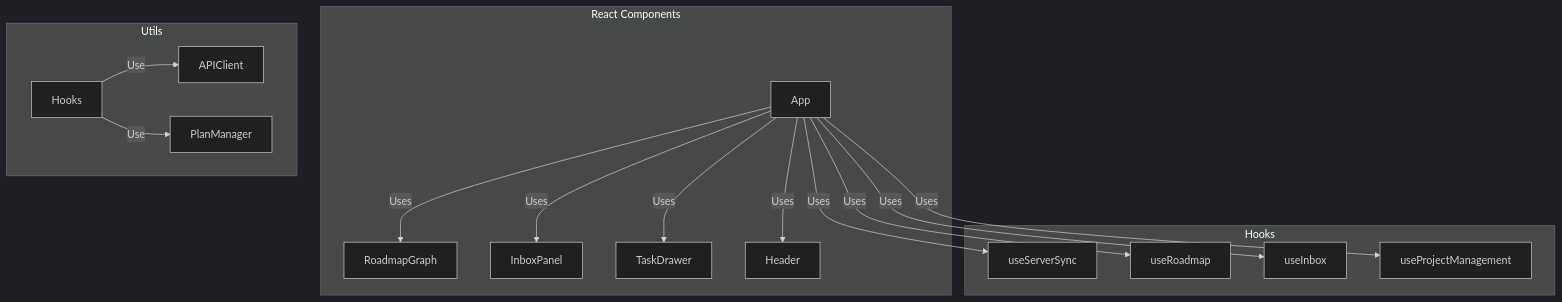
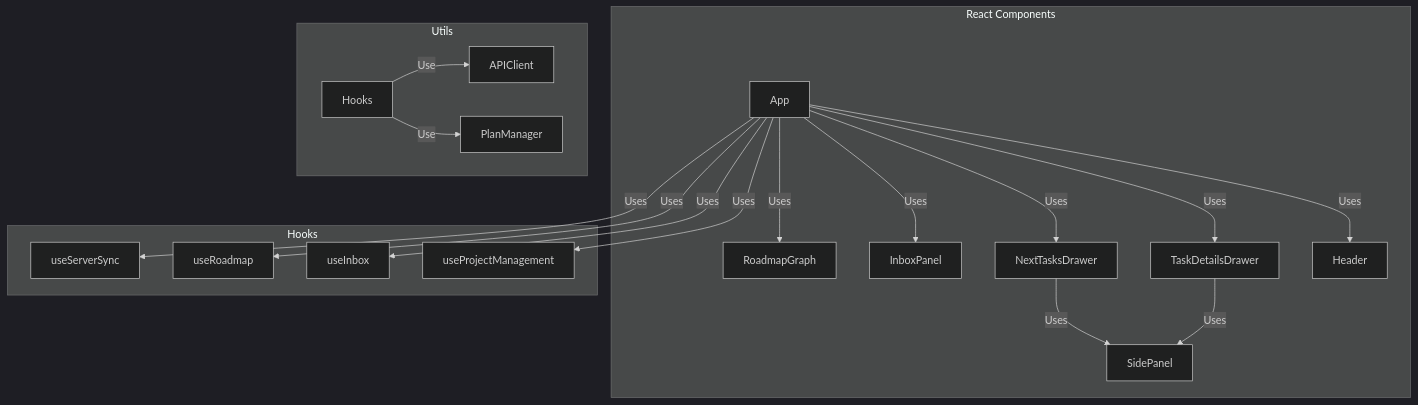
The diagram in docs/architecture/frontend.md (tantinlala/blossom-mcp), drawn with Mermaid (dark theme) before and after one commit. The commit also changed other lines of this file and 21 other files, not shown here.

````diff
--- a/docs/architecture/frontend.md
+++ b/docs/architecture/frontend.md
@@ -3,19 +3,22 @@
 ```mermaid
 graph TD
     subgraph React Components
         App -->|Uses| RoadmapGraph
         App -->|Uses| InboxPanel
-        App -->|Uses| TaskDrawer
+        App -->|Uses| NextTasksDrawer
+        App -->|Uses| TaskDetailsDrawer
         App -->|Uses| Header
+        NextTasksDrawer -->|Uses| SidePanel
+        TaskDetailsDrawer -->|Uses| SidePanel
     end
     subgraph Hooks
         App -->|Uses| useServerSync
         App -->|Uses| useRoadmap
         App -->|Uses| useInbox
         App -->|Uses| useProjectManagement
     end
     subgraph Utils
         Hooks2[Hooks] -->|Use| APIClient
         Hooks2 -->|Use| PlanManager
     end
 ```
````
